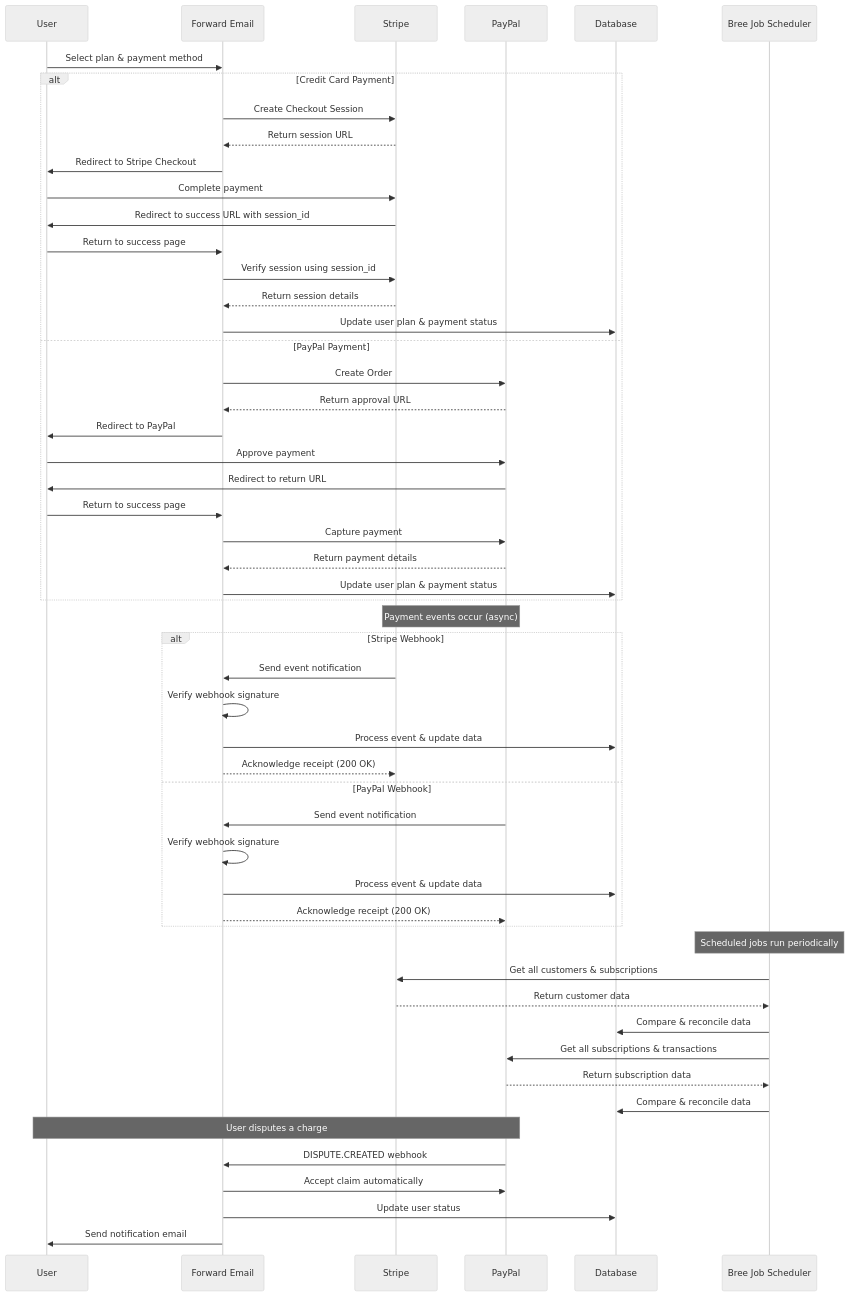
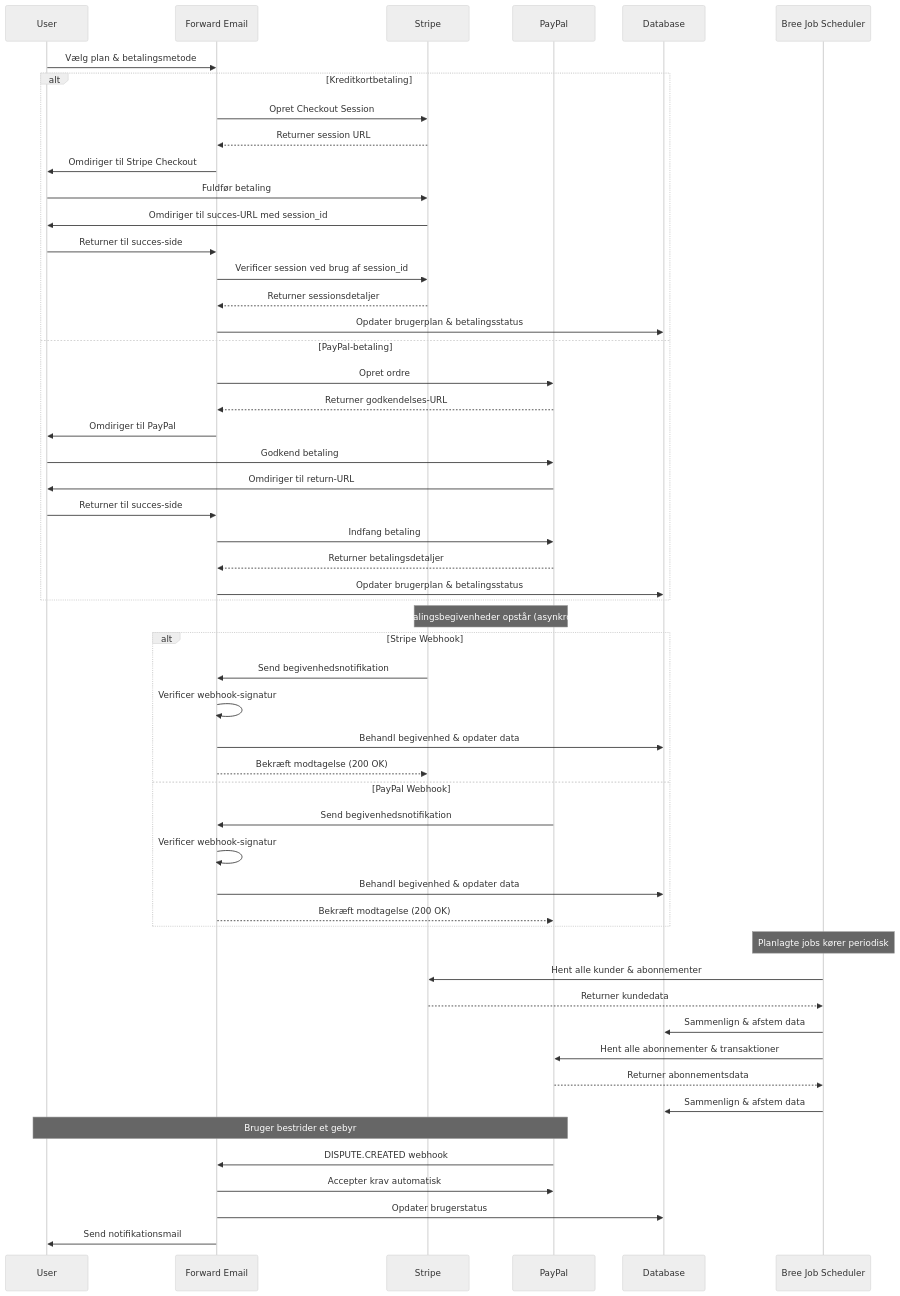
One commit to forwardemail/forwardemail.net changed the second of 7 diagrams in app/views/docs/building-reliable-payment-system-stripe-paypal/index-da.md. Above: the diagram before and after it, drawn with Mermaid (neutral theme). The commit also changed other lines of this file and 1055 other files, not shown here.

````diff
--- a/app/views/docs/building-reliable-payment-system-stripe-paypal/index-da.md
+++ b/app/views/docs/building-reliable-payment-system-stripe-paypal/index-da.md
@@ -215,68 +218,68 @@
 ```mermaid
 sequenceDiagram
     participant User
     participant FE as Forward Email
     participant Stripe
     participant PayPal
     participant DB as Database
     participant Bree as Bree Job Scheduler
 
     %% Initial checkout flow
-    User->>FE: Select plan & payment method
+    User->>FE: Vælg plan & betalingsmetode
 
-    alt Credit Card Payment
-        FE->>Stripe: Create Checkout Session
-        Stripe-->>FE: Return session URL
-        FE->>User: Redirect to Stripe Checkout
-        User->>Stripe: Complete payment
-        Stripe->>User: Redirect to success URL with session_id
-        User->>FE: Return to success page
-        FE->>Stripe: Verify session using session_id
-        Stripe-->>FE: Return session details
-        FE->>DB: Update user plan & payment status
-    else PayPal Payment
-        FE->>PayPal: Create Order
-        PayPal-->>FE: Return approval URL
-        FE->>User: Redirect to PayPal
-        User->>PayPal: Approve payment
-        PayPal->>User: Redirect to return URL
-        User->>FE: Return to success page
-        FE->>PayPal: Capture payment
-        PayPal-->>FE: Return payment details
-        FE->>DB: Update user plan & payment status
+    alt Kreditkortbetaling
+        FE->>Stripe: Opret Checkout Session
+        Stripe-->>FE: Returner session URL
+        FE->>User: Omdiriger til Stripe Checkout
+        User->>Stripe: Fuldfør betaling
+        Stripe->>User: Omdiriger til succes-URL med session_id
+        User->>FE: Returner til succes-side
+        FE->>Stripe: Verificer session ved brug af session_id
+        Stripe-->>FE: Returner sessionsdetaljer
+        FE->>DB: Opdater brugerplan & betalingsstatus
+    else PayPal-betaling
+        FE->>PayPal: Opret ordre
+        PayPal-->>FE: Returner godkendelses-URL
+        FE->>User: Omdiriger til PayPal
+        User->>PayPal: Godkend betaling
+        PayPal->>User: Omdiriger til return-URL
+        User->>FE: Returner til succes-side
+        FE->>PayPal: Indfang betaling
+        PayPal-->>FE: Returner betalingsdetaljer
+        FE->>DB: Opdater brugerplan & betalingsstatus
     end
 
-    %% Webhook flow (asynchronous)
-    Note over Stripe,PayPal: Payment events occur (async)
+    %% Webhook flow (asynkron)
+    Note over Stripe,PayPal: Betalingsbegivenheder opstår (asynkront)
 
     alt Stripe Webhook
-        Stripe->>FE: Send event notification
-        FE->>FE: Verify webhook signature
-        FE->>DB: Process event & update data
-        FE-->>Stripe: Acknowledge receipt (200 OK)
+        Stripe->>FE: Send begivenhedsnotifikation
+        FE->>FE: Verificer webhook-signatur
+        FE->>DB: Behandl begivenhed & opdater data
+        FE-->>Stripe: Bekræft modtagelse (200 OK)
     else PayPal Webhook
-        PayPal->>FE: Send event notification
-        FE->>FE: Verify webhook signature
-        FE->>DB: Process event & update data
-        FE-->>PayPal: Acknowledge receipt (200 OK)
+        PayPal->>FE: Send begivenhedsnotifikation
+        FE->>FE: Verificer webhook-signatur
+        FE->>DB: Behandl begivenhed & opdater data
+        FE-->>PayPal: Bekræft modtagelse (200 OK)
     end
 
-    %% Bree automated jobs
-    Note over Bree: Scheduled jobs run periodically
+    %% Bree automatiserede jobs
+    Note over Bree: Planlagte jobs kører periodisk
 
-    Bree->>Stripe: Get all customers & subscriptions
-    Stripe-->>Bree: Return customer data
-    Bree->>DB: Compare & reconcile data
+    Bree->>Stripe: Hent alle kunder & abonnementer
+    Stripe-->>Bree: Returner kundedata
+    Bree->>DB: Sammenlign & afstem data
 
-    Bree->>PayPal: Get all subscriptions & transactions
-    PayPal-->>Bree: Return subscription data
-    Bree->>DB: Compare & reconcile data
+    Bree->>PayPal: Hent alle abonnementer & transaktioner
+    PayPal-->>Bree: Returner abonnementsdata
+    Bree->>DB: Sammenlign & afstem data
 
-    %% Edge case: Dispute handling
-    Note over User,PayPal: User disputes a charge
+    %% Edge case: Håndtering af tvister
+    Note over User,PayPal: Bruger bestrider et gebyr
 
     PayPal->>FE: DISPUTE.CREATED webhook
-    FE->>PayPal: Accept claim automatically
-    FE->>DB: Update user status
-    FE->>User: Send notification email
+    FE->>PayPal: Accepter krav automatisk
+    FE->>DB: Opdater brugerstatus
+    FE->>User: Send notifikationsmail
 ```
````
